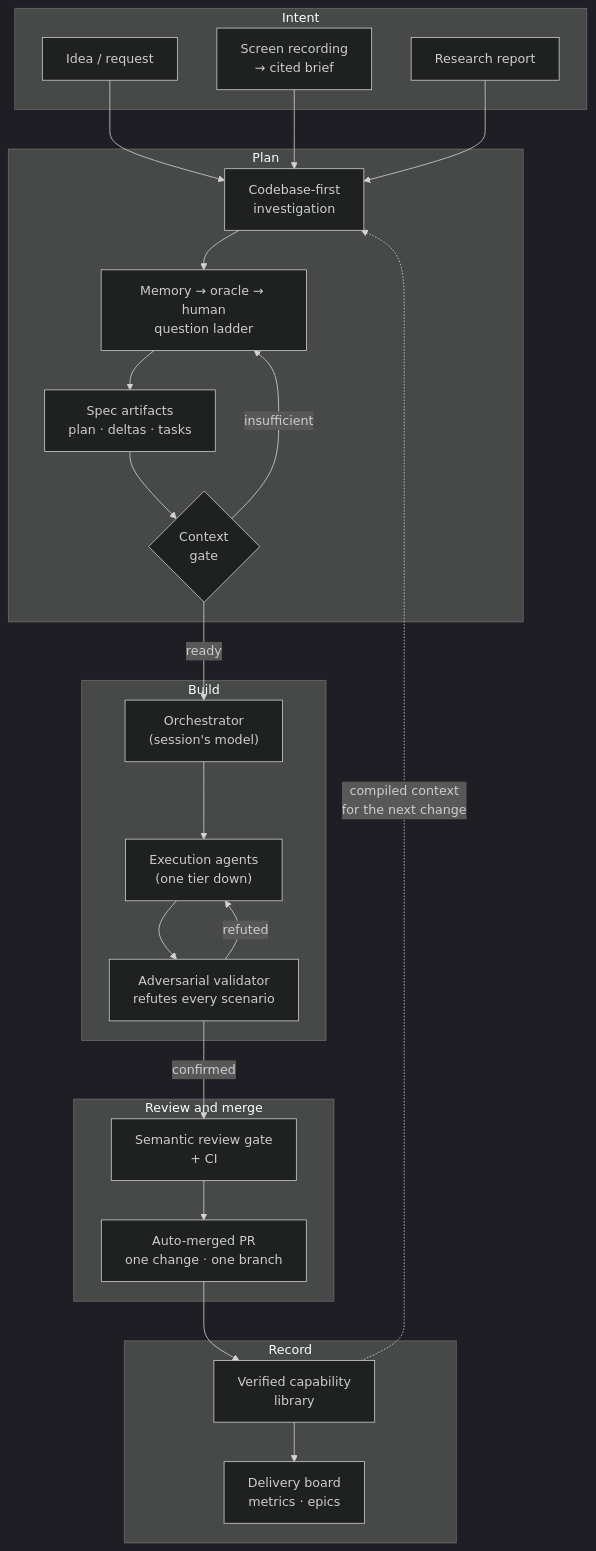
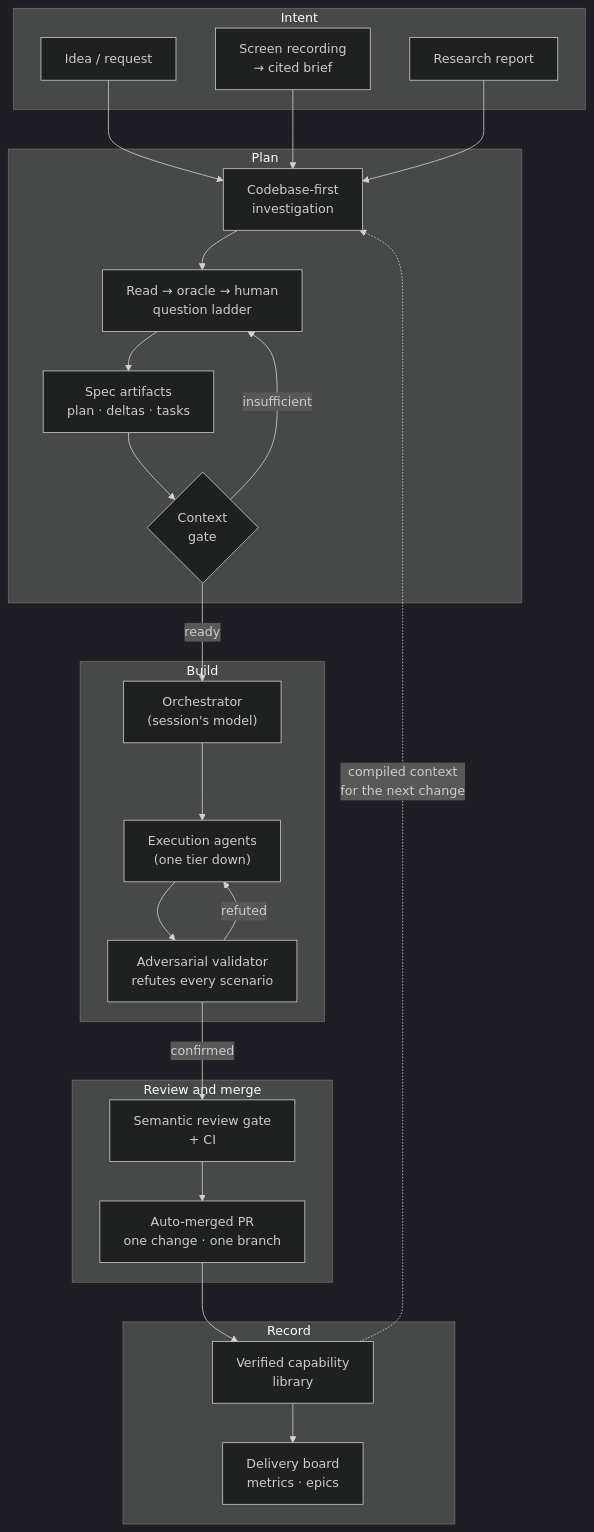
One commit to shipd-now/shipd changed the diagram in docs/what-is-shipd.md. Above: the diagram before and after it, drawn with Mermaid (dark theme).

Commit message:
☕ Name the ladder's first rung as read in the overview diagram
docs/oracle.md and docs/core-ideas.md define the ladder as read, oracle,
human. The diagram still said memory.

````diff
--- a/docs/what-is-shipd.md
+++ b/docs/what-is-shipd.md
@@ -38,43 +38,43 @@
 ```mermaid
 flowchart TD
     subgraph intent [Intent]
         idea["Idea / request"]
         video["Screen recording<br/>→ cited brief"]
         research["Research report"]
     end
 
     subgraph plan [Plan]
         investigate["Codebase-first<br/>investigation"]
-        ladder["Memory → oracle → human<br/>question ladder"]
+        ladder["Read → oracle → human<br/>question ladder"]
         spec["Spec artifacts<br/>plan · deltas · tasks"]
         gate{"Context<br/>gate"}
     end
 
     subgraph build [Build]
         orch["Orchestrator<br/>(session's model)"]
         agents["Execution agents<br/>(one tier down)"]
         validator["Adversarial validator<br/>refutes every scenario"]
     end
 
     subgraph ship [Review and merge]
         review["Semantic review gate<br/>+ CI"]
         pr["Auto-merged PR<br/>one change · one branch"]
     end
 
     subgraph record [Record]
         library["Verified capability<br/>library"]
         board["Delivery board<br/>metrics · epics"]
     end
 
     idea --> investigate
     video --> investigate
     research --> investigate
     investigate --> ladder --> spec --> gate
     gate -- ready --> orch
     gate -- insufficient --> ladder
     orch --> agents --> validator
     validator -- refuted --> agents
     validator -- confirmed --> review --> pr
     pr --> library --> board
     library -. "compiled context<br/>for the next change" .-> investigate
 ```
````
